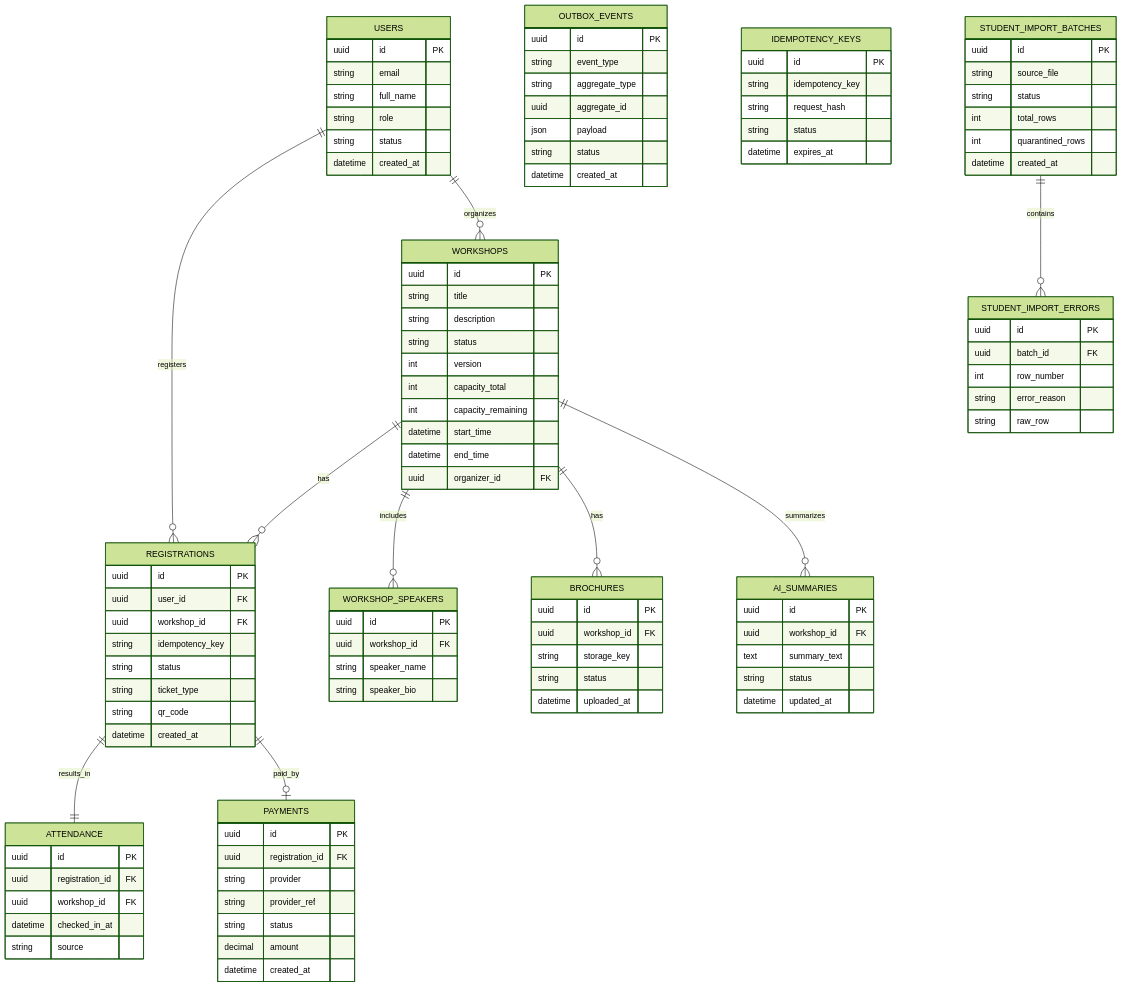
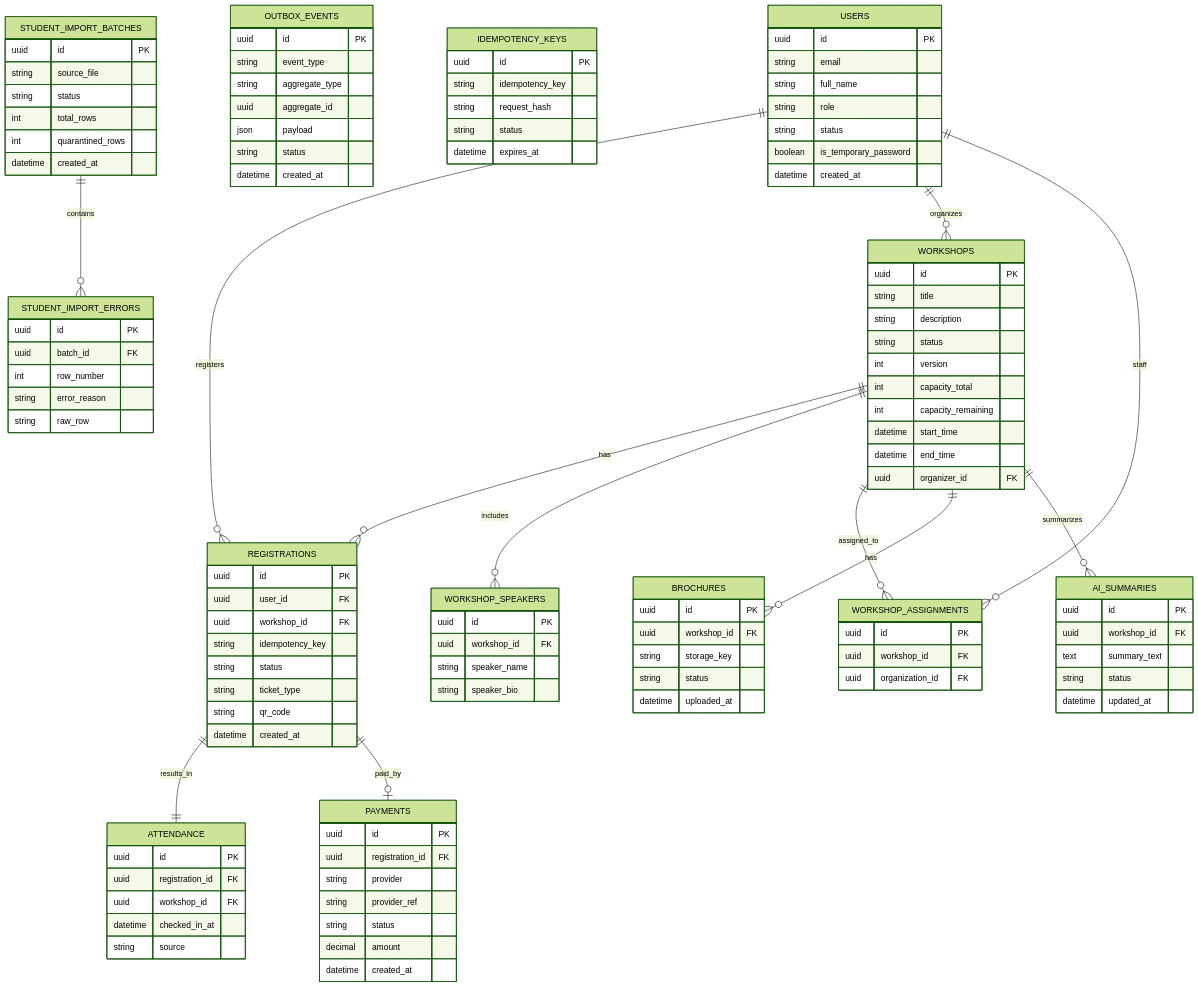
The sixth of 14 diagrams in blueprint/design.md (phatnguyen975/unihub-workshop), drawn with Mermaid (forest theme) before and after one commit. The commit also changed other lines of this file and 7 other files, not shown here.

```diff
--- a/blueprint/design.md
+++ b/blueprint/design.md
@@ -367,6 +372,7 @@
     string full_name
     string role
     string status
+    boolean is_temporary_password
     datetime created_at
   }
 
@@ -388,6 +394,12 @@
     uuid workshop_id FK
     string speaker_name
     string speaker_bio
+  }
+
+  WORKSHOP_ASSIGNMENTS {
+    uuid id PK
+    uuid workshop_id FK
+    uuid organization_id FK
   }
 
   REGISTRATIONS {
@@ -474,6 +486,8 @@
   USERS ||--o{ WORKSHOPS : organizes
   WORKSHOPS ||--o{ REGISTRATIONS : has
   WORKSHOPS ||--o{ WORKSHOP_SPEAKERS : includes
+  WORKSHOPS ||--o{ WORKSHOP_ASSIGNMENTS : assigned_to
+  WORKSHOP_ASSIGNMENTS }o--|| USERS : staff
   WORKSHOPS ||--o{ BROCHURES : has
   WORKSHOPS ||--o{ AI_SUMMARIES : summarizes
   REGISTRATIONS ||--|| ATTENDANCE : results_in
```
